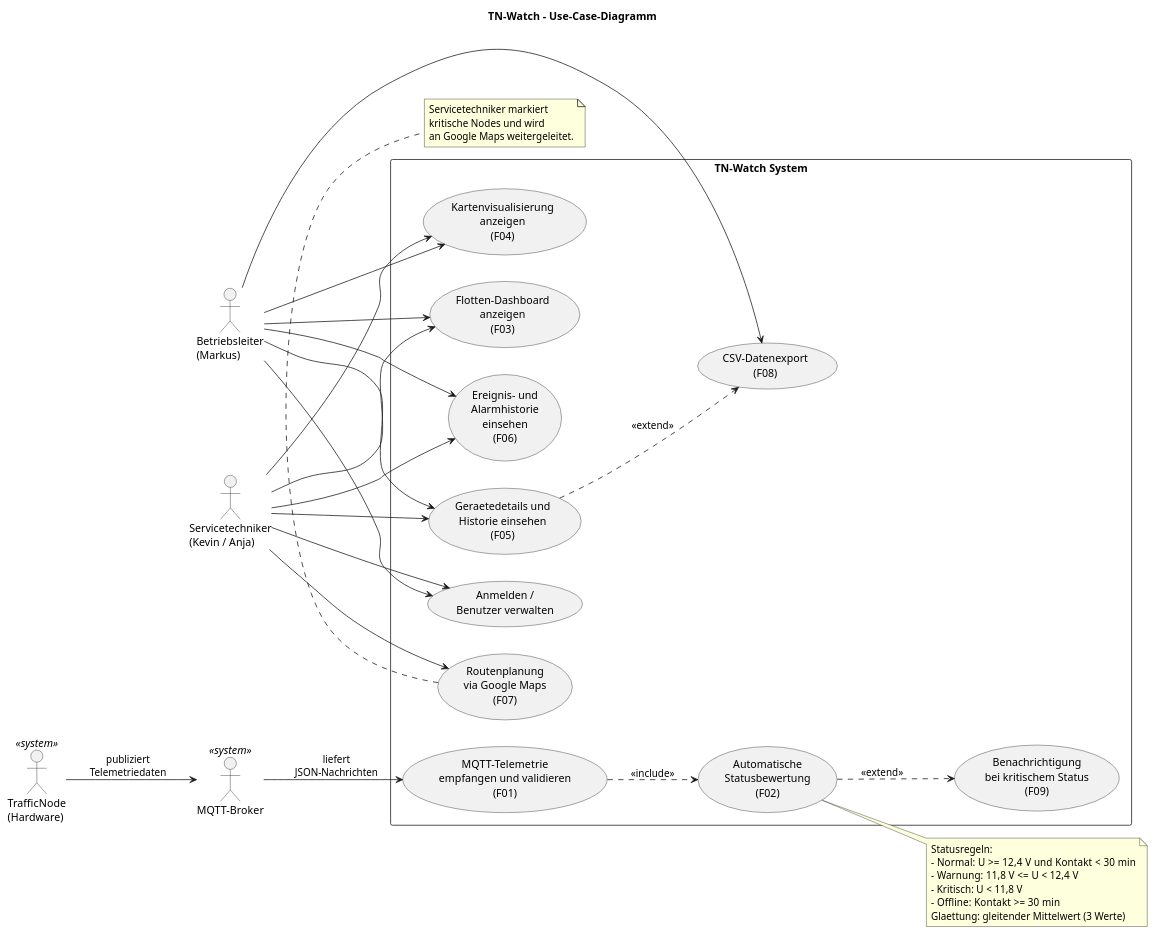
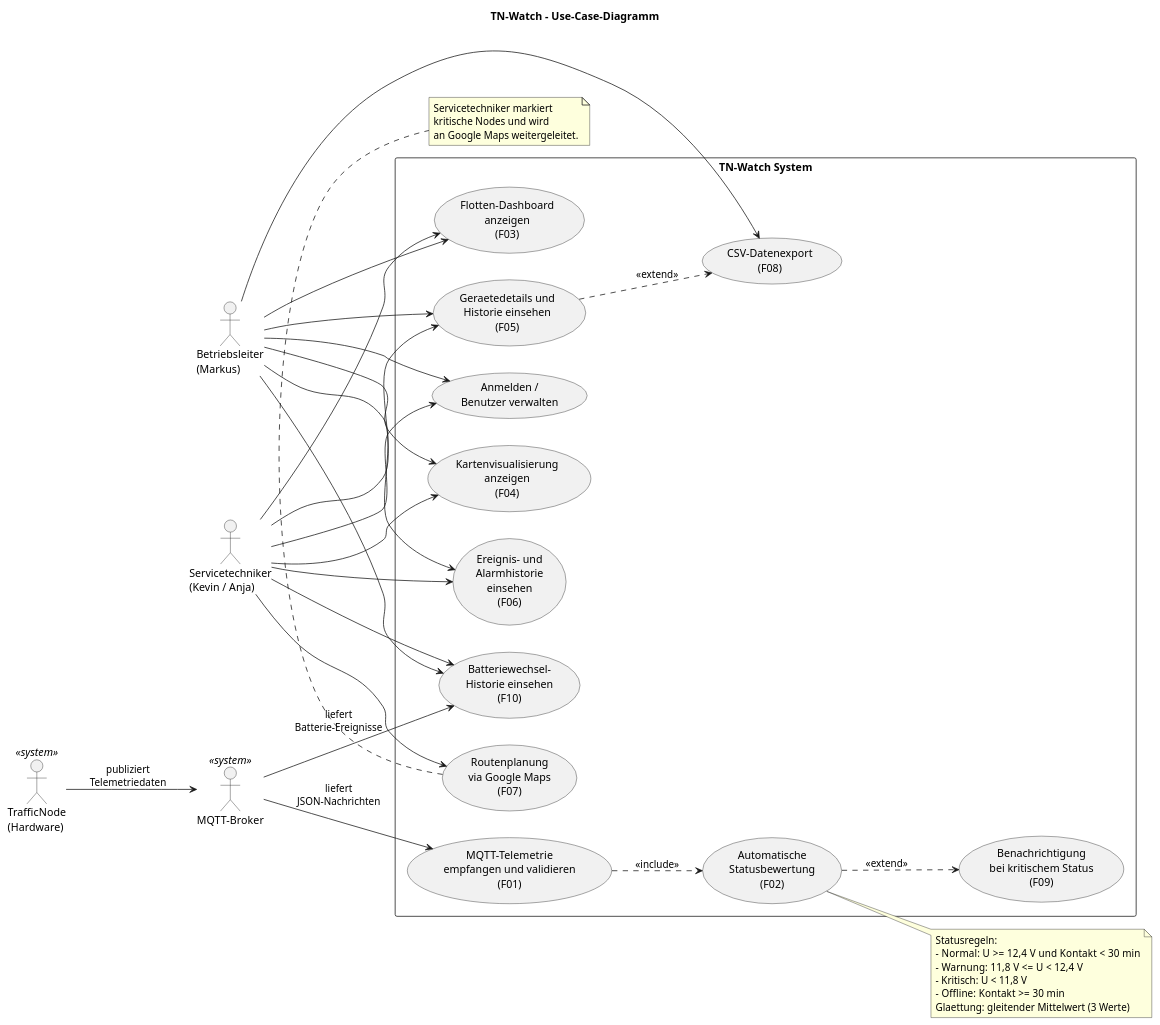
The diagram in docs/uml/use_case_diagram.puml (dennisnik/Semesterprojekt_Software_Engineering), drawn with PlantUML before and after one commit. The commit also changed 6 other files, not shown here.

First line of the commit message:
docs: align architecture docs with the implementation

```diff
--- a/docs/uml/use_case_diagram.puml
+++ b/docs/uml/use_case_diagram.puml
@@ -1,83 +1,87 @@
 @startuml use_case_diagram
 
 ' ============================================================
 ' TN-Watch – Use-Case-Diagramm
 ' Quelle: README.md (Funktionale Anforderungen F01-F09,
 '         Stakeholder, Personas)
 ' ============================================================
 
 left to right direction
 skinparam packageStyle rectangle
 
 title TN-Watch - Use-Case-Diagramm
 
 ' -- Akteure --------------------------------------------------
 actor "Betriebsleiter\n(Markus)" as BL
 actor "Servicetechniker\n(Kevin / Anja)" as ST
 actor "TrafficNode\n(Hardware)" as TN  <<system>>
 actor "MQTT-Broker" as MQTT            <<system>>
 
 ' -- Systemgrenze ---------------------------------------------
 rectangle "TN-Watch System" {
 
   ' Must-Have (F01-F05)
   usecase "MQTT-Telemetrie\nempfangen und validieren\n(F01)" as UC_F01
   usecase "Automatische\nStatusbewertung\n(F02)" as UC_F02
   usecase "Flotten-Dashboard\nanzeigen\n(F03)" as UC_F03
   usecase "Kartenvisualisierung\nanzeigen\n(F04)" as UC_F04
   usecase "Geraetedetails und\nHistorie einsehen\n(F05)" as UC_F05
 
   ' Should-Have (F06-F07)
   usecase "Ereignis- und\nAlarmhistorie\neinsehen\n(F06)" as UC_F06
   usecase "Routenplanung\nvia Google Maps\n(F07)" as UC_F07
 
   ' Could-Have (F08-F09)
   usecase "CSV-Datenexport\n(F08)" as UC_F08
+  usecase "Batteriewechsel-\nHistorie einsehen\n(F10)" as UC_F10
   usecase "Benachrichtigung\nbei kritischem Status\n(F09)" as UC_F09
 
   ' Authentifizierung
   usecase "Anmelden /\nBenutzer verwalten" as UC_AUTH
 }
 
 ' -- Beziehungen: Externe Systeme -----------------------------
 TN --> MQTT : publiziert\nTelemetriedaten
 MQTT --> UC_F01 : liefert\nJSON-Nachrichten
+MQTT --> UC_F10 : liefert\nBatterie-Ereignisse
 
 ' -- Beziehungen: Betriebsleiter ------------------------------
 BL --> UC_AUTH
 BL --> UC_F03
 BL --> UC_F04
 BL --> UC_F05
 BL --> UC_F06
 BL --> UC_F08
 
 ' -- Beziehungen: Servicetechniker ----------------------------
 ST --> UC_AUTH
 ST --> UC_F03
 ST --> UC_F04
 ST --> UC_F05
 ST --> UC_F06
 ST --> UC_F07
+ST --> UC_F10
+BL --> UC_F10
 
 ' -- Include / Extend -----------------------------------------
 UC_F01 ..> UC_F02  : <<include>>
 UC_F02 ..> UC_F09  : <<extend>>
 UC_F05 ..> UC_F08  : <<extend>>
 
 ' -- Notizen --------------------------------------------------
 note right of UC_F02
   Statusregeln:
   - Normal:   U >= 12,4 V und Kontakt < 30 min
   - Warnung:  11,8 V <= U < 12,4 V
   - Kritisch: U < 11,8 V
   - Offline:  Kontakt >= 30 min
   Glaettung: gleitender Mittelwert (3 Werte)
 end note
 
 note bottom of UC_F07
   Servicetechniker markiert
   kritische Nodes und wird
   an Google Maps weitergeleitet.
 end note
 
 @enduml
```
